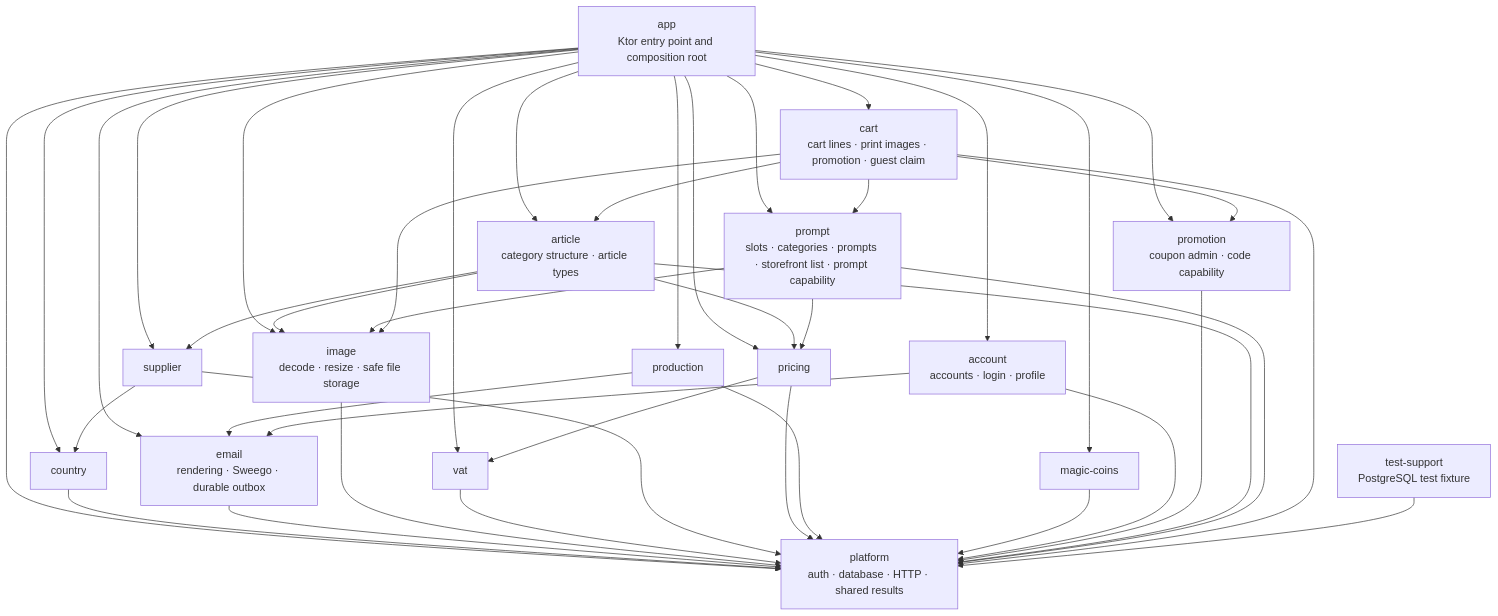
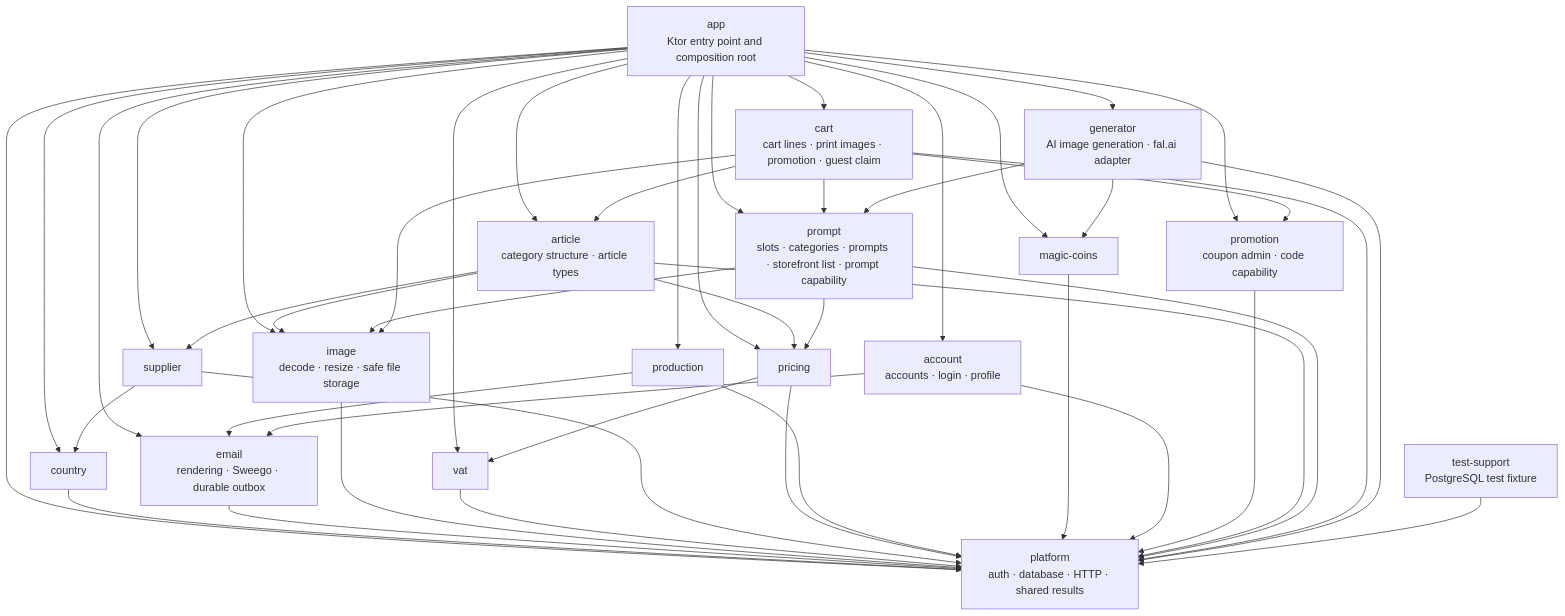
One commit to bitstorm-tech/voenix-shop-kotlin changed the diagram in docs/dev/backend/module-architecture.md. Above: the diagram before and after it, drawn with Mermaid. The commit also changed other lines of this file and 42 other files, not shown here.

````diff
--- a/docs/dev/backend/module-architecture.md
+++ b/docs/dev/backend/module-architecture.md
@@ -34,61 +34,66 @@
 ```mermaid
 flowchart TD
     App["app<br/>Ktor entry point and composition root"]
     Platform["platform<br/>auth · database · HTTP · shared results"]
     Country["country"]
     Email["email<br/>rendering · Sweego · durable outbox"]
     Image["image<br/>decode · resize · safe file storage"]
     Vat["vat"]
     Supplier["supplier"]
     Pricing["pricing"]
     Production["production"]
     MagicCoins["magic-coins"]
     Account["account<br/>accounts · login · profile"]
     Promotion["promotion<br/>coupon admin · code capability"]
     Article["article<br/>category structure · article types"]
     Prompt["prompt<br/>slots · categories · prompts · storefront list · prompt capability"]
     Cart["cart<br/>cart lines · print images · promotion · guest claim"]
+    Generator["generator<br/>AI image generation · fal.ai adapter"]
     TestSupport["test-support<br/>PostgreSQL test fixture"]
 
     App --> Platform
     App --> Account
     App --> Country
     App --> Email
     App --> Image
     App --> Vat
     App --> Supplier
     App --> Pricing
     App --> Production
     App --> MagicCoins
     App --> Promotion
     App --> Article
     App --> Prompt
     App --> Cart
+    App --> Generator
     Country --> Platform
     Email --> Platform
     Image --> Platform
     Vat --> Platform
     Supplier --> Platform
     Supplier --> Country
     Pricing --> Platform
     Pricing --> Vat
     Production --> Platform
     Production --> Email
     MagicCoins --> Platform
     Account --> Platform
     Account --> Email
     Promotion --> Platform
     Article --> Platform
     Article --> Image
     Article --> Pricing
     Article --> Supplier
     Prompt --> Platform
     Prompt --> Image
     Prompt --> Pricing
     Cart --> Platform
     Cart --> Image
     Cart --> Article
     Cart --> Prompt
     Cart --> Promotion
+    Generator --> Platform
+    Generator --> Prompt
+    Generator --> MagicCoins
     TestSupport --> Platform
 ```
````
